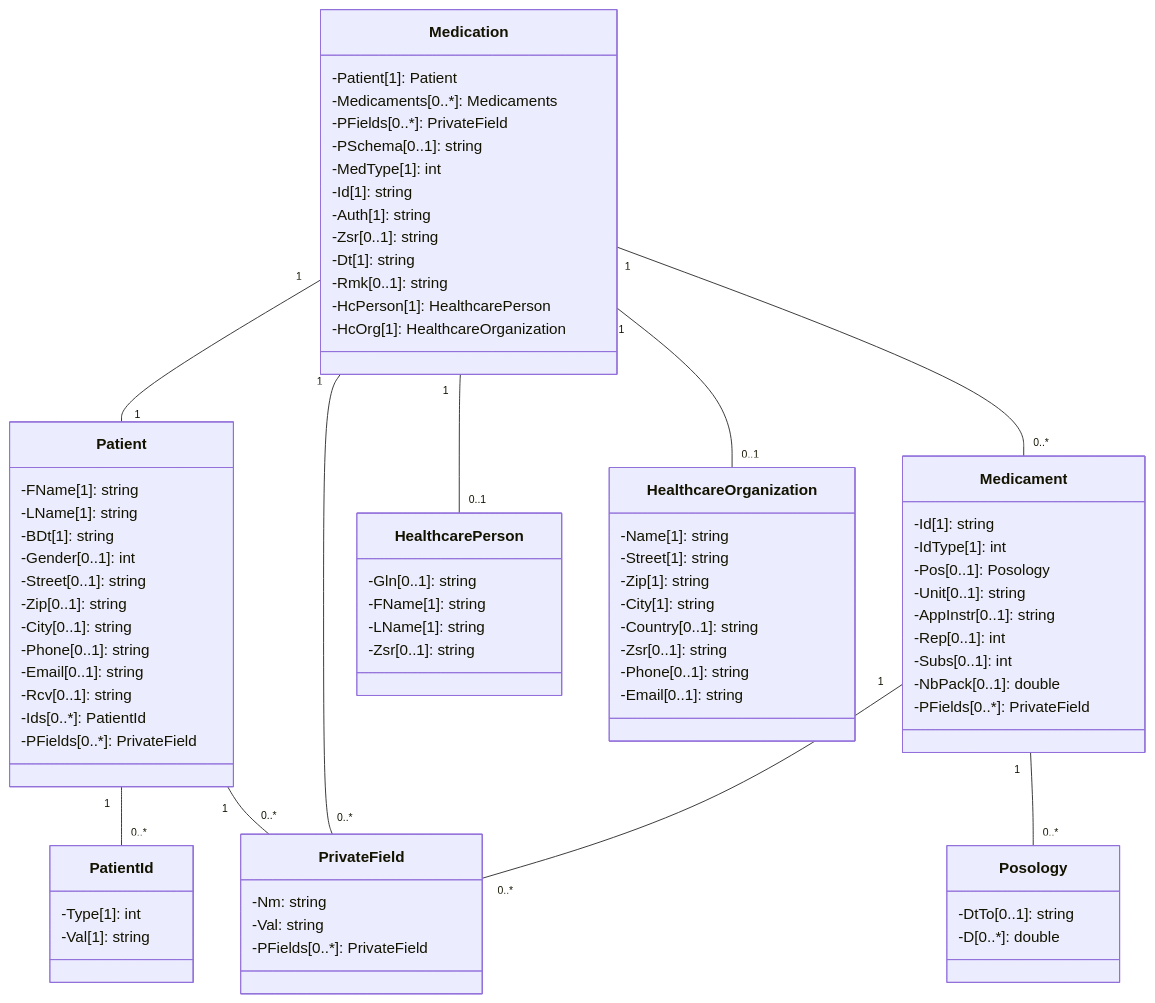
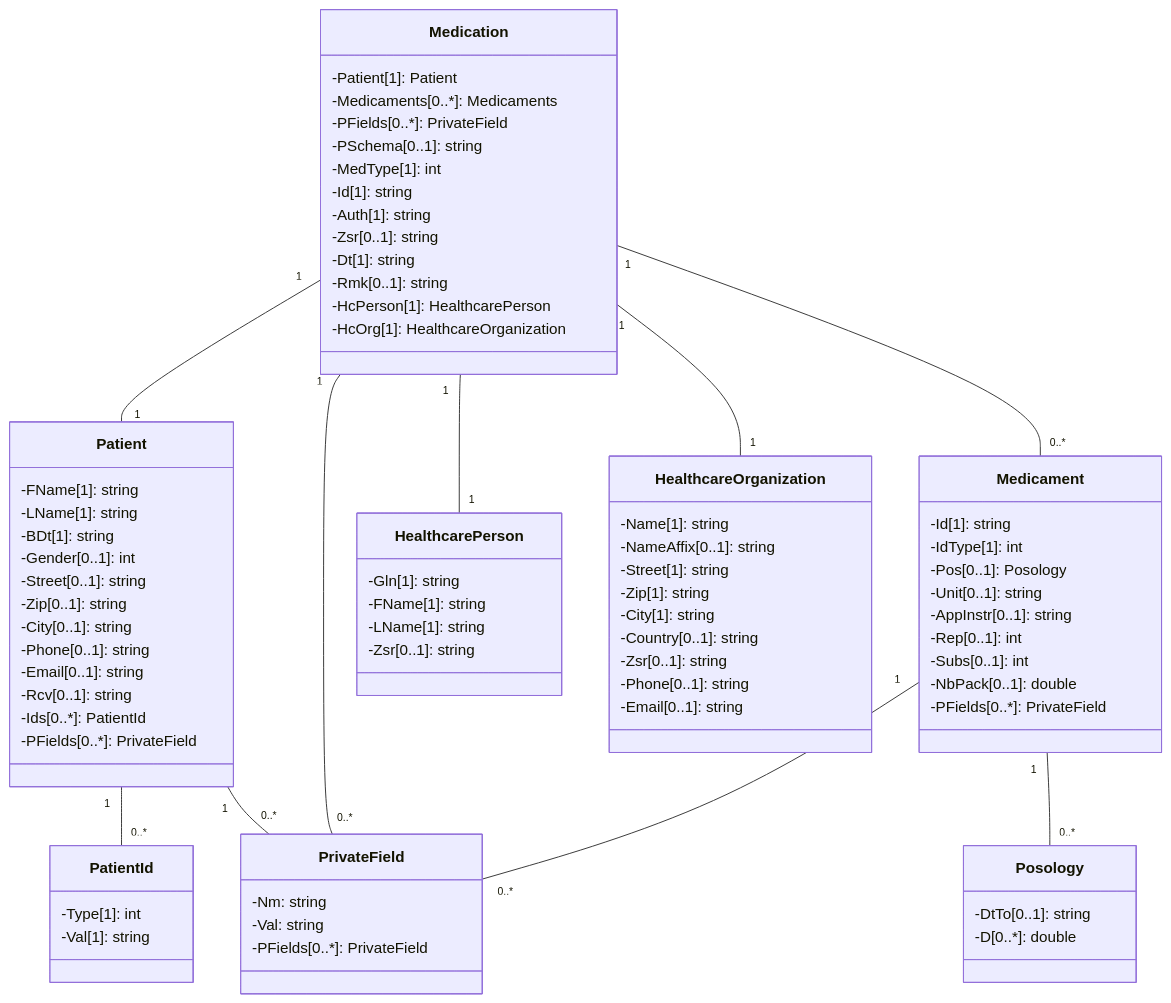
The diagram in chmed16r/README.md (ig-emediplan/specification), drawn with Mermaid before and after one commit. The commit also changed other lines of this file, not shown here.

Commit message:
align cardinalities and add name affix

```diff
--- a/chmed16r/README.md
+++ b/chmed16r/README.md
@@ -123,7 +123,7 @@
     }
 
     class HealthcarePerson {
-        -Gln[0..1]: string
+        -Gln[1]: string
         -FName[1]: string
         -LName[1]: string
         -Zsr[0..1]: string
@@ -131,6 +131,7 @@
 
     class HealthcareOrganization {
         -Name[1]: string
+        -NameAffix[0..1]: string
         -Street[1]: string
         -Zip[1]: string
         -City[1]: string
@@ -143,8 +144,8 @@
     Patient "1" -- "0..*" PatientId
     Patient "1" -- "0..*" PrivateField
     Medication "1" -- "1" Patient
-    Medication "1" -- "0..1" HealthcarePerson
-    Medication "1" -- "0..1" HealthcareOrganization
+    Medication "1" -- "1" HealthcarePerson
+    Medication "1" -- "1" HealthcareOrganization
     Medication "1" -- "0..*" Medicament
     Medication "1" -- "0..*" PrivateField
     Medicament "1" -- "0..*" Posology
```
